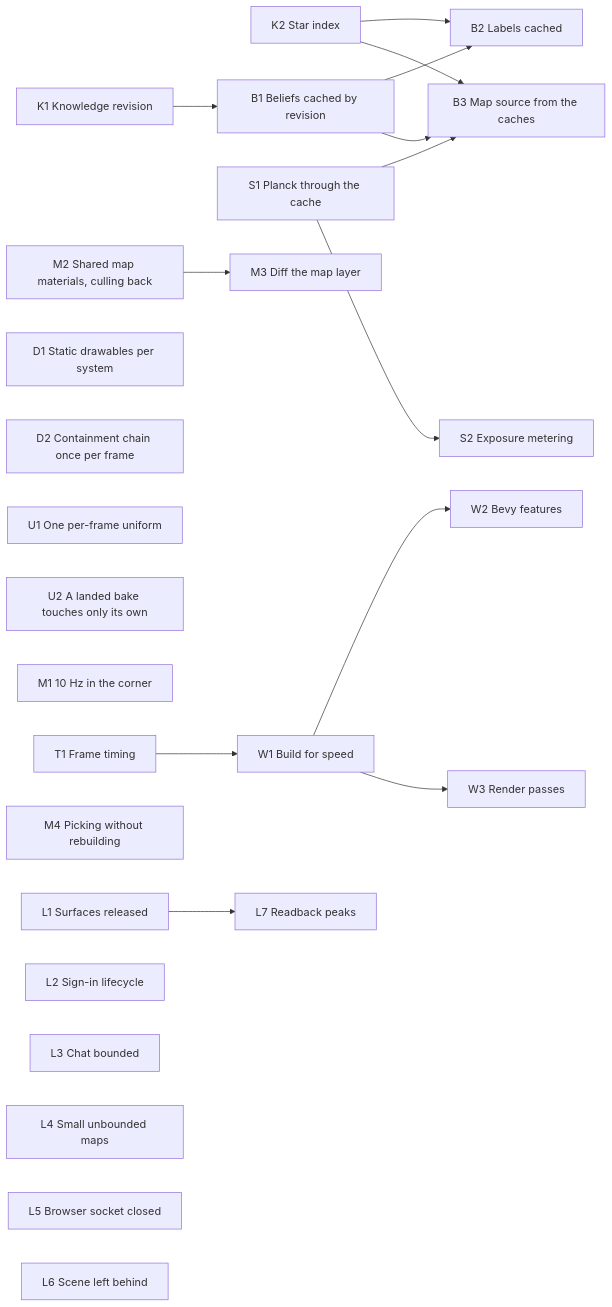
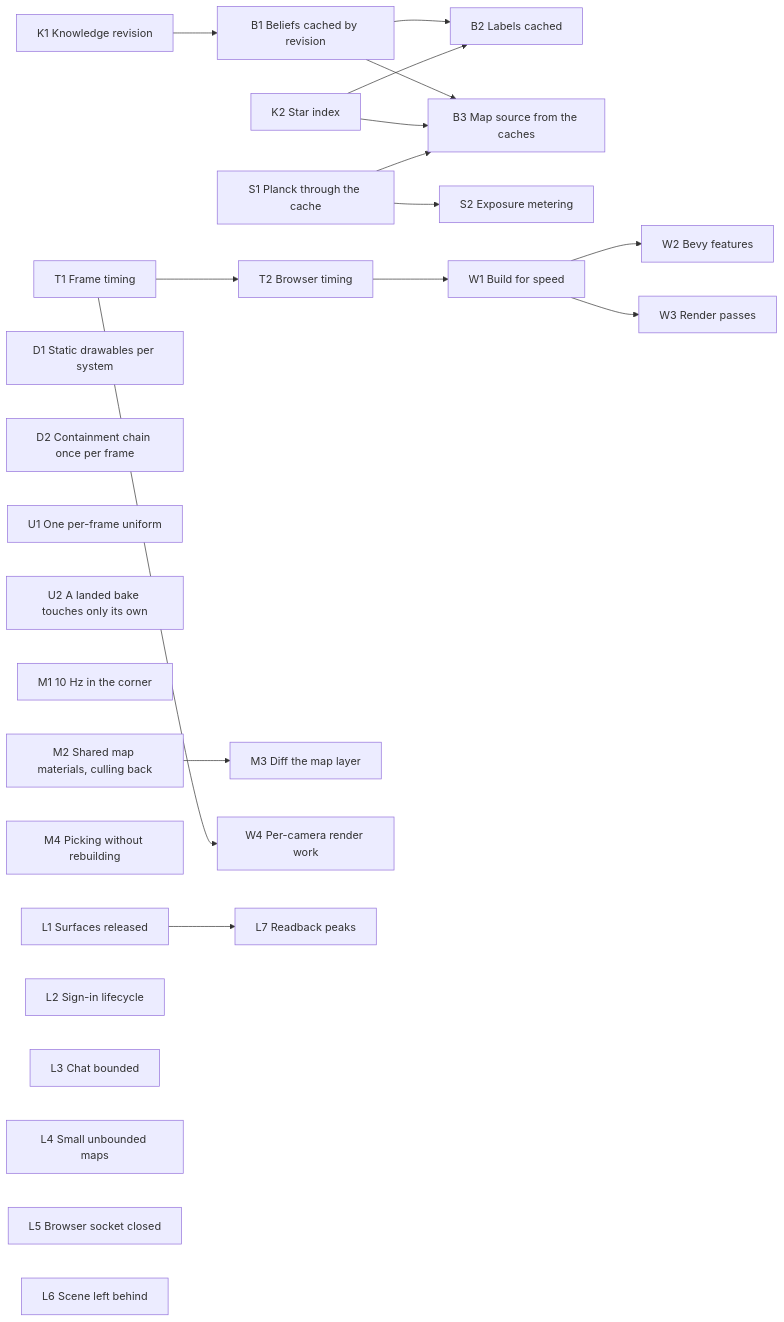
One commit to Zanderwohl/rusty-space changed the diagram in lightcone/docs/plans/client-frame.md. Above: the diagram before and after it, drawn with Mermaid. The commit also changed other lines of this file and 1 other file, not shown here.

````diff
--- a/lightcone/docs/plans/client-frame.md
+++ b/lightcone/docs/plans/client-frame.md
@@ -49,41 +49,45 @@
 ```mermaid
 graph LR
   K1["K1 Knowledge revision"]
   K2["K2 Star index"]
   T1["T1 Frame timing"]
+  T2["T2 Browser timing"]
   B1["B1 Beliefs cached by revision"]
   B2["B2 Labels cached"]
   B3["B3 Map source from the caches"]
   D1["D1 Static drawables per system"]
   D2["D2 Containment chain once per frame"]
   S1["S1 Planck through the cache"]
   S2["S2 Exposure metering"]
   U1["U1 One per-frame uniform"]
   U2["U2 A landed bake touches only its own"]
   M1["M1 10 Hz in the corner"]
   M2["M2 Shared map materials, culling back"]
   M3["M3 Diff the map layer"]
   M4["M4 Picking without rebuilding"]
   W1["W1 Build for speed"]
   W2["W2 Bevy features"]
   W3["W3 Render passes"]
+  W4["W4 Per-camera render work"]
   L1["L1 Surfaces released"]
   L2["L2 Sign-in lifecycle"]
   L3["L3 Chat bounded"]
   L4["L4 Small unbounded maps"]
   L5["L5 Browser socket closed"]
   L6["L6 Scene left behind"]
   L7["L7 Readback peaks"]
+  T1 --> T2
   K1 --> B1
   B1 --> B2
   K2 --> B2
   B1 --> B3
   K2 --> B3
   S1 --> B3
   S1 --> S2
   M2 --> M3
-  T1 --> W1
+  T2 --> W1
   W1 --> W2
   W1 --> W3
+  T1 --> W4
   L1 --> L7
 ```
````
